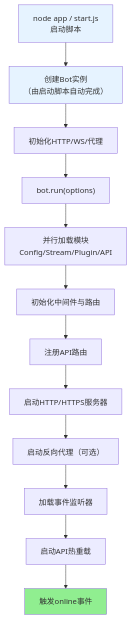
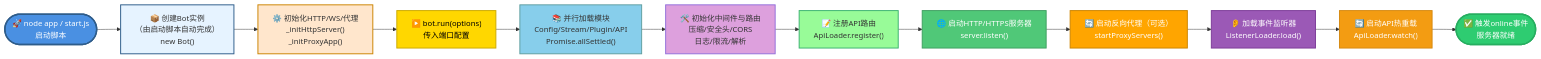
Before and after one commit to sunflowermm/XRK-AGT: the second of 12 diagrams in docs/bot.md, drawn with Mermaid. The commit also changed other lines of this file and 9 other files, not shown here.

````diff
--- a/docs/bot.md
+++ b/docs/bot.md
@@ -111,19 +117,28 @@
 ```mermaid
-flowchart TB
-    Start["node app / start.js<br/>启动脚本"] --> Create["创建Bot实例<br/>（由启动脚本自动完成）"]
-    Create --> Init["初始化HTTP/WS/代理"]
-    Init --> Run["bot.run(options)"]
+flowchart LR
+    Start([🚀 node app / start.js<br/>启动脚本]) --> Create["📦 创建Bot实例<br/>（由启动脚本自动完成）<br/>new Bot()"]
+    Create --> Init["⚙️ 初始化HTTP/WS/代理<br/>_initHttpServer()<br/>_initProxyApp()"]
+    Init --> Run["▶️ bot.run(options)<br/>传入端口配置"]
     
-    Run --> Load["并行加载模块<br/>Config/Stream/Plugin/API"]
-    Load --> Middleware["初始化中间件与路由"]
-    Middleware --> Register["注册API路由"]
-    Register --> Server["启动HTTP/HTTPS服务器"]
-    Server --> Proxy["启动反向代理（可选）"]
-    Proxy --> Listener["加载事件监听器"]
-    Listener --> Watch["启动API热重载"]
-    Watch --> Online["触发online事件"]
+    Run --> Load["📚 并行加载模块<br/>Config/Stream/Plugin/API<br/>Promise.allSettled()"]
+    Load --> Middleware["🛠️ 初始化中间件与路由<br/>压缩/安全头/CORS<br/>日志/限流/解析"]
+    Middleware --> Register["📝 注册API路由<br/>ApiLoader.register()"]
+    Register --> Server["🌐 启动HTTP/HTTPS服务器<br/>server.listen()"]
+    Server --> Proxy["🔄 启动反向代理（可选）<br/>startProxyServers()"]
+    Proxy --> Listener["👂 加载事件监听器<br/>ListenerLoader.load()"]
+    Listener --> Watch["🔄 启动API热重载<br/>ApiLoader.watch()"]
+    Watch --> Online([✅ 触发online事件<br/>服务器就绪])
     
-    style Start fill:#E6F3FF
-    style Create fill:#E6F3FF
-    style Online fill:#90EE90
+    style Start fill:#4A90E2,stroke:#2E5C8A,stroke-width:3px,color:#fff
+    style Create fill:#E6F3FF,stroke:#2E5C8A,stroke-width:2px
+    style Init fill:#FFE6CC,stroke:#CC8400,stroke-width:2px
+    style Run fill:#FFD700,stroke:#CCAA00,stroke-width:2px,color:#000
+    style Load fill:#87CEEB,stroke:#5F9EA0,stroke-width:2px
+    style Middleware fill:#DDA0DD,stroke:#9370DB,stroke-width:2px
+    style Register fill:#98FB98,stroke:#3CB371,stroke-width:2px
+    style Server fill:#50C878,stroke:#3FA060,stroke-width:2px,color:#fff
+    style Proxy fill:#FFA500,stroke:#CC8400,stroke-width:2px,color:#fff
+    style Listener fill:#9B59B6,stroke:#7D3C98,stroke-width:2px,color:#fff
+    style Watch fill:#F39C12,stroke:#D68910,stroke-width:2px,color:#fff
+    style Online fill:#2ECC71,stroke:#27AE60,stroke-width:3px,color:#fff
 ```
````
